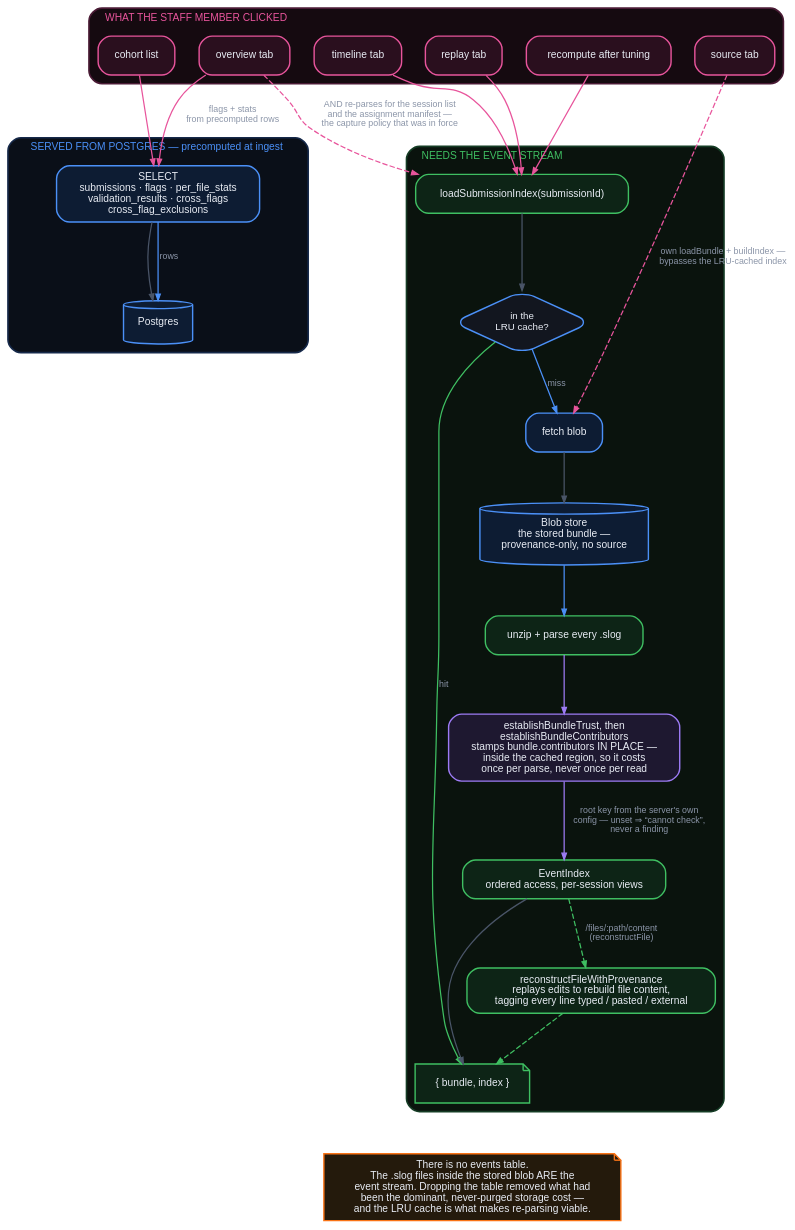
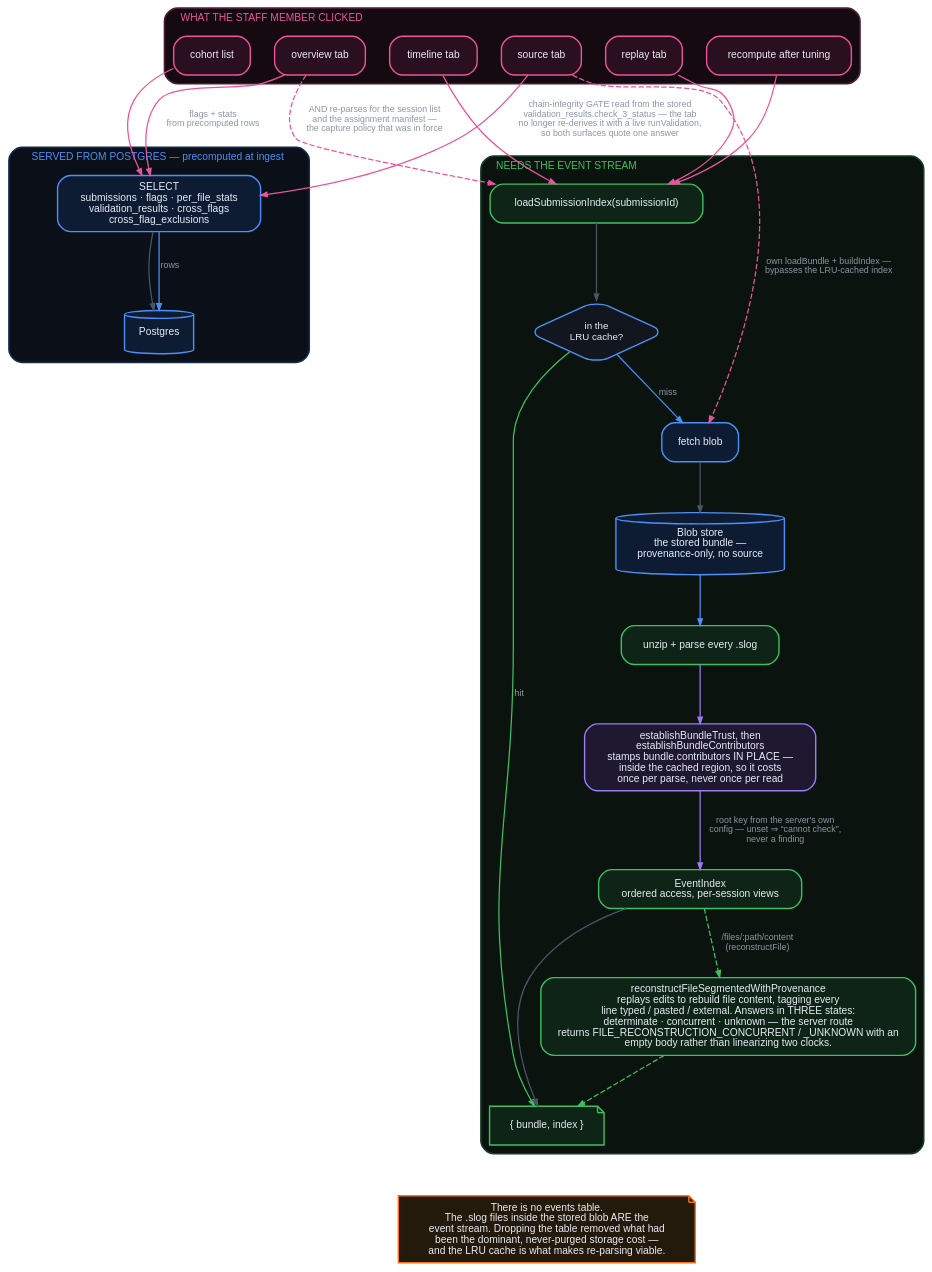
One commit to ProvenanceTools/provenance changed the diagram in tools/architecture/dot/readpath.dot. Above: the diagram before and after it, drawn with Graphviz. The commit also changed 3 other files, not shown here.

First line of the commit message:
docs(architecture): the read path's concurrent-reconstruction gap is closed, and the Source tab stops overclaiming

```diff
--- a/tools/architecture/dot/readpath.dot
+++ b/tools/architecture/dot/readpath.dot
@@ -1,74 +1,75 @@
 digraph readpath {
   bgcolor="transparent" rankdir=TB splines=spline compound=true
   nodesep=0.30 ranksep=0.62 fontname="Helvetica"
   node [shape=box style="filled,rounded" fontname="Helvetica" fontsize=10
         fontcolor="#e8ecf4" fillcolor="#161b26" color="#3a4457" penwidth=1.3
         margin="0.15,0.09"]
   edge [fontname="Helvetica" fontsize=8.2 fontcolor="#8b95a8"
         color="#4a5568" arrowsize=0.6 penwidth=1.15]
 
   subgraph cluster_req {
     label="  WHAT THE STAFF MEMBER CLICKED  " fontsize=9.5 fontcolor="#e8559c"
     color="#4a1b35" penwidth=1.5 style=rounded bgcolor="#150a10" labeljust="l"
     node [fillcolor="#2a0f1e" color="#e8559c" fontsize=9.5]
     r_cohort [label="cohort list"]
     r_over   [label="overview tab"]
     r_time   [label="timeline tab"]
     r_replay [label="replay tab"]
     r_src    [label="source tab"]
     r_recomp [label="recompute after tuning"]
   }
 
   subgraph cluster_cheap {
     label="  SERVED FROM POSTGRES — precomputed at ingest  " fontsize=9.5
     fontcolor="#4b90f7" color="#16294a" penwidth=1.5 style=rounded
     bgcolor="#0a0f18" labeljust="l"
     node [fillcolor="#0d1c33" color="#4b90f7" fontsize=9.5]
     pgq [label="SELECT\nsubmissions · flags · per_file_stats\nvalidation_results · cross_flags\ncross_flag_exclusions"]
     pg  [label="Postgres" shape=cylinder height=0.55]
   }
 
   subgraph cluster_deep {
     label="  NEEDS THE EVENT STREAM  " fontsize=9.5 fontcolor="#3fbf62"
     color="#153c25" penwidth=1.5 style=rounded bgcolor="#0a130d" labeljust="l"
     node [fillcolor="#0d2416" color="#3fbf62" fontsize=9.5]
     lsi   [label="loadSubmissionIndex(submissionId)"]
     cache [label="in the\nLRU cache?" shape=diamond fillcolor="#12161f" color="#4b90f7"
            fontsize=9 height=0.8 width=1.4]
     fetch [label="fetch blob" fillcolor="#0d1c33" color="#4b90f7"]
     blob  [label="Blob store\nthe stored bundle —\nprovenance-only, no source"
            shape=cylinder fillcolor="#0d1c33" color="#4b90f7" height=0.7]
     parse [label="unzip + parse every .slog"]
     stamp [label="establishBundleTrust, then\nestablishBundleContributors\nstamps bundle.contributors IN PLACE —\ninside the cached region, so it costs\nonce per parse, never once per read"
            fillcolor="#1e1830" color="#9d7bf5"]
     idx   [label="EventIndex\nordered access, per-session views"]
-    recon [label="reconstructFileWithProvenance\nreplays edits to rebuild file content,\ntagging every line typed / pasted / external"]
+    recon [label="reconstructFileSegmentedWithProvenance\nreplays edits to rebuild file content, tagging every\nline typed / pasted / external. Answers in THREE states:\ndeterminate · concurrent · unknown — the server route\nreturns FILE_RECONSTRUCTION_CONCURRENT / _UNKNOWN with an\nempty body rather than linearizing two clocks."]
     ret   [label="{ bundle, index }" shape=note]
   }
 
   r_cohort -> pgq [color="#e8559c"]
   r_over   -> pgq [label="flags + stats\nfrom precomputed rows" color="#e8559c"]
   pgq -> pg
   pg -> pgq [label="rows" color="#4b90f7" dir=back]
 
   r_over   -> lsi [label="AND re-parses for the session list\nand the assignment manifest —\nthe capture policy that was in force" color="#e8559c" style=dashed]
   r_time   -> lsi [color="#e8559c"]
   r_replay -> lsi [color="#e8559c"]
   r_recomp -> lsi [color="#e8559c"]
   r_src    -> fetch [label="own loadBundle + buildIndex —\nbypasses the LRU-cached index" color="#e8559c" style=dashed]
+  r_src    -> pgq [label="chain-integrity GATE read from the stored\nvalidation_results.check_3_status — the tab\nno longer re-derives it with a live runValidation,\nso both surfaces quote one answer" color="#e8559c"]
 
   lsi -> cache
   cache -> ret   [label="hit" color="#3fbf62"]
   cache -> fetch [label="miss" color="#4b90f7"]
   fetch -> blob
   blob -> parse [color="#4b90f7"]
   parse -> stamp [color="#9d7bf5"]
   stamp -> idx [label="root key from the server's own\nconfig — unset ⇒ “cannot check”,\nnever a finding" color="#9d7bf5"]
   idx -> ret
   idx -> recon [label="/files/:path/content\n(reconstructFile)" style=dashed color="#3fbf62"]
   recon -> ret [style=dashed color="#3fbf62"]
 
   note [label="There is no events table.\nThe .slog files inside the stored blob ARE the\nevent stream. Dropping the table removed what had\nbeen the dominant, never-purged storage cost —\nand the LRU cache is what makes re-parsing viable."
         shape=note fillcolor="#241a0c" color="#F97316" fontcolor="#e8ecf4" fontsize=9.5]
   ret -> note [style=invis]
 }
```
